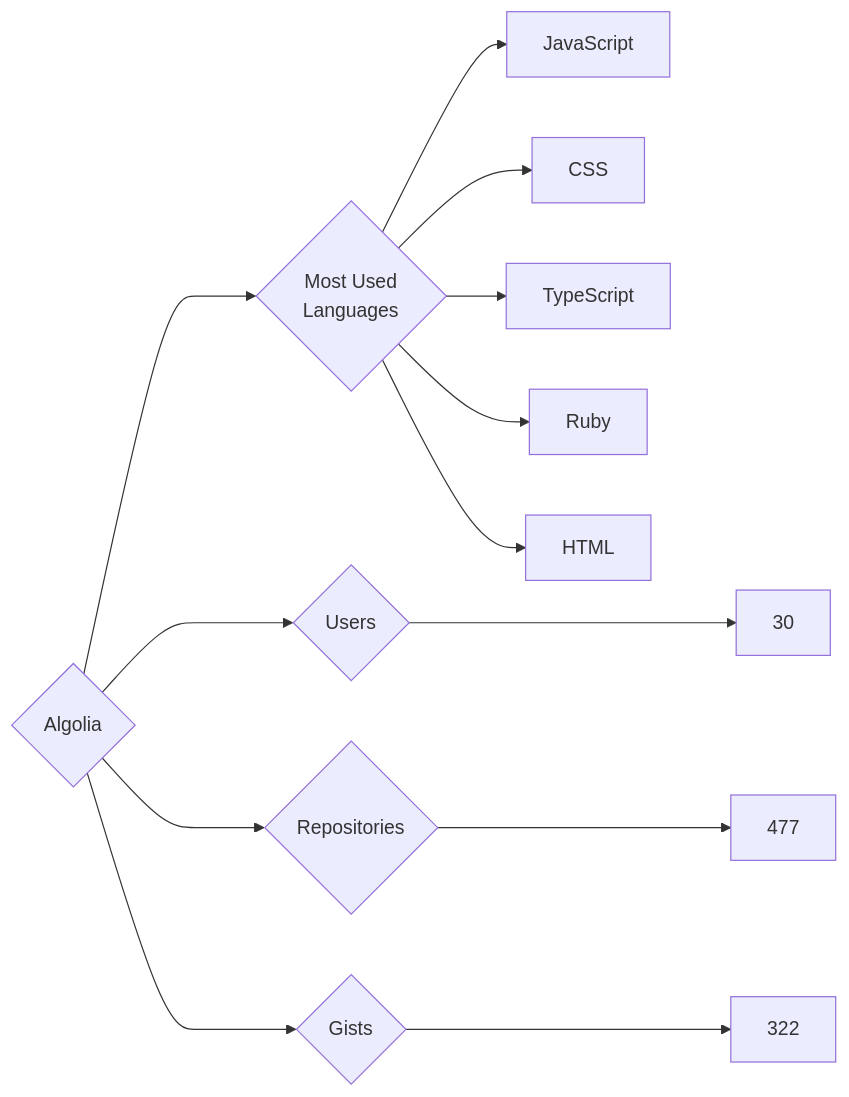
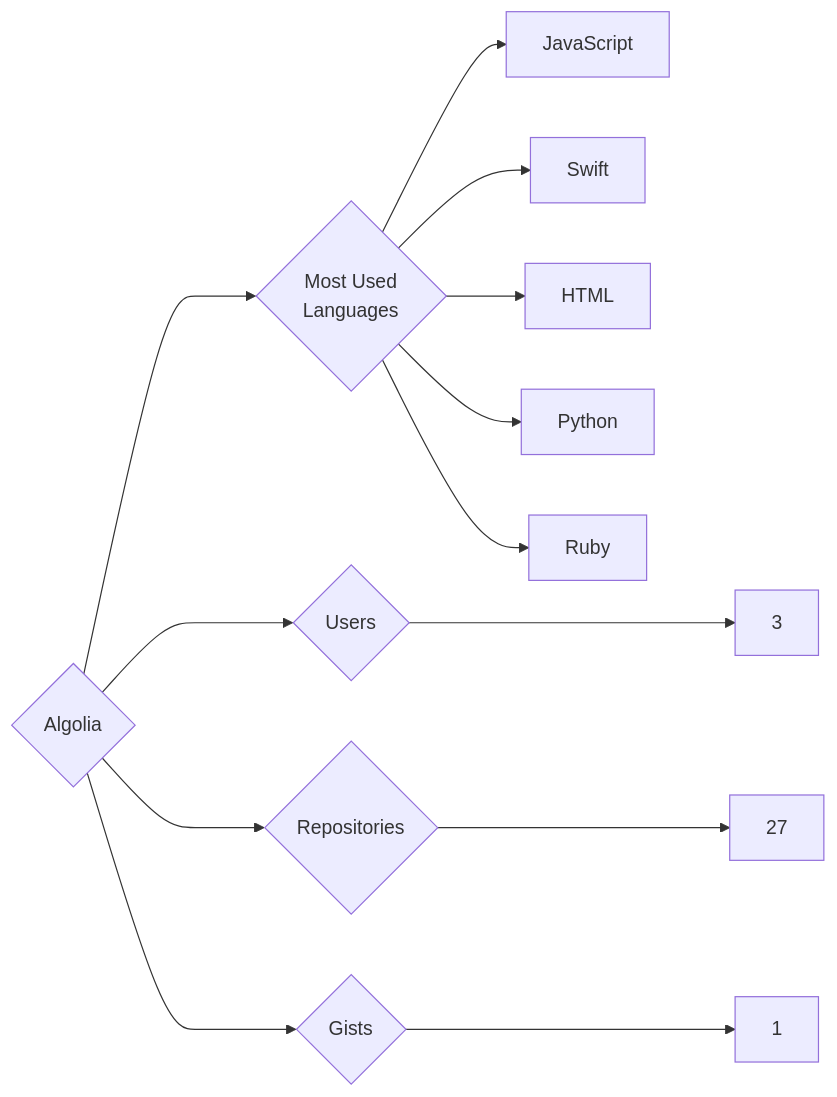
The diagram in targets/Algolia/README.md (trickest/insiders), drawn with Mermaid before and after one commit. The commit also changed 934 other files, not shown here.

````diff
--- a/targets/Algolia/README.md
+++ b/targets/Algolia/README.md
@@ -3,13 +3,13 @@
 ```mermaid
 graph LR
 COMPANY_NAME{Algolia}
-COMPANY_NAME ---> U{Users} ---> UN[30]
-COMPANY_NAME ---> R{Repositories} ---> RN[477]
-COMPANY_NAME ---> G{Gists} ---> GN[322]
+COMPANY_NAME ---> U{Users} ---> UN[3]
+COMPANY_NAME ---> R{Repositories} ---> RN[27]
+COMPANY_NAME ---> G{Gists} ---> GN[1]
 COMPANY_NAME ---> ML{Most Used<br>Languages}
 ML --> JavaScript[JavaScript]
-ML --> CSS[CSS]
-ML --> TypeScript[TypeScript]
+ML --> Swift[Swift]
+ML --> HTML[HTML]
+ML --> Python[Python]
 ML --> Ruby[Ruby]
-ML --> HTML[HTML]
 ```
````
